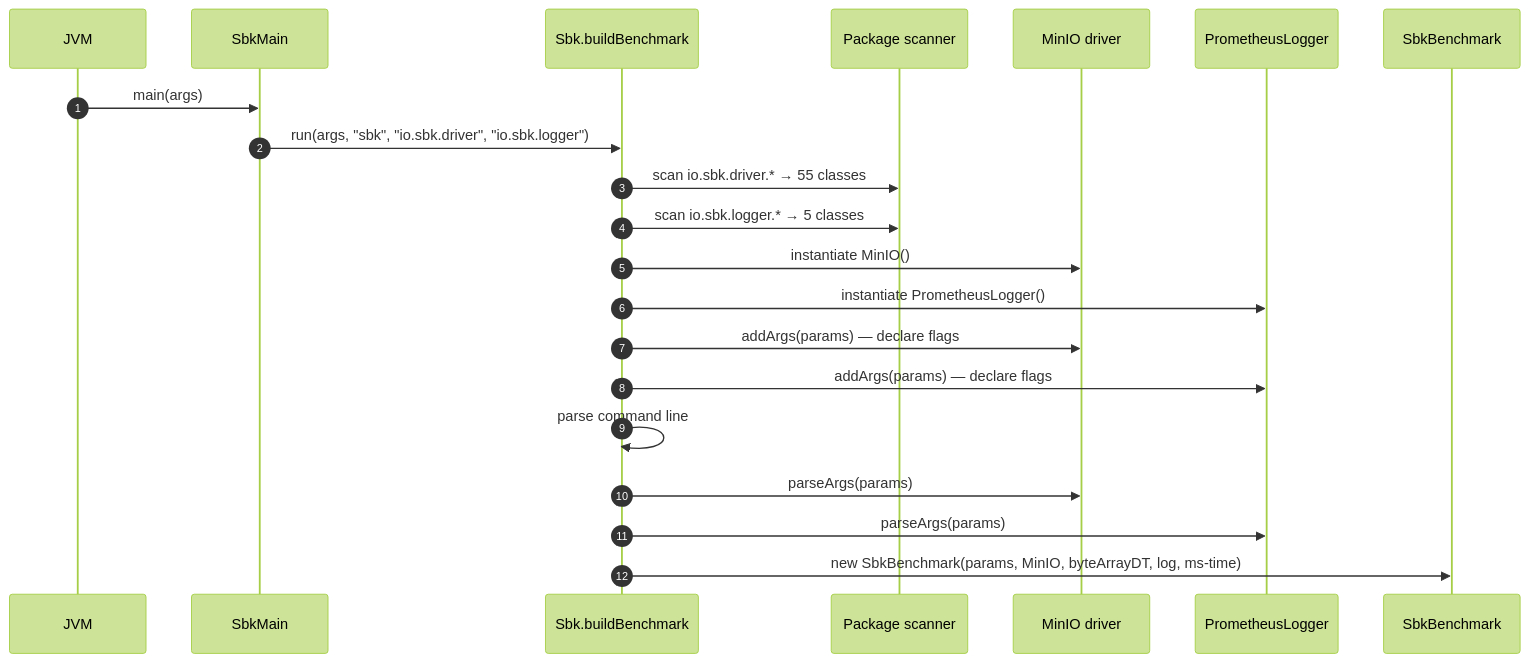
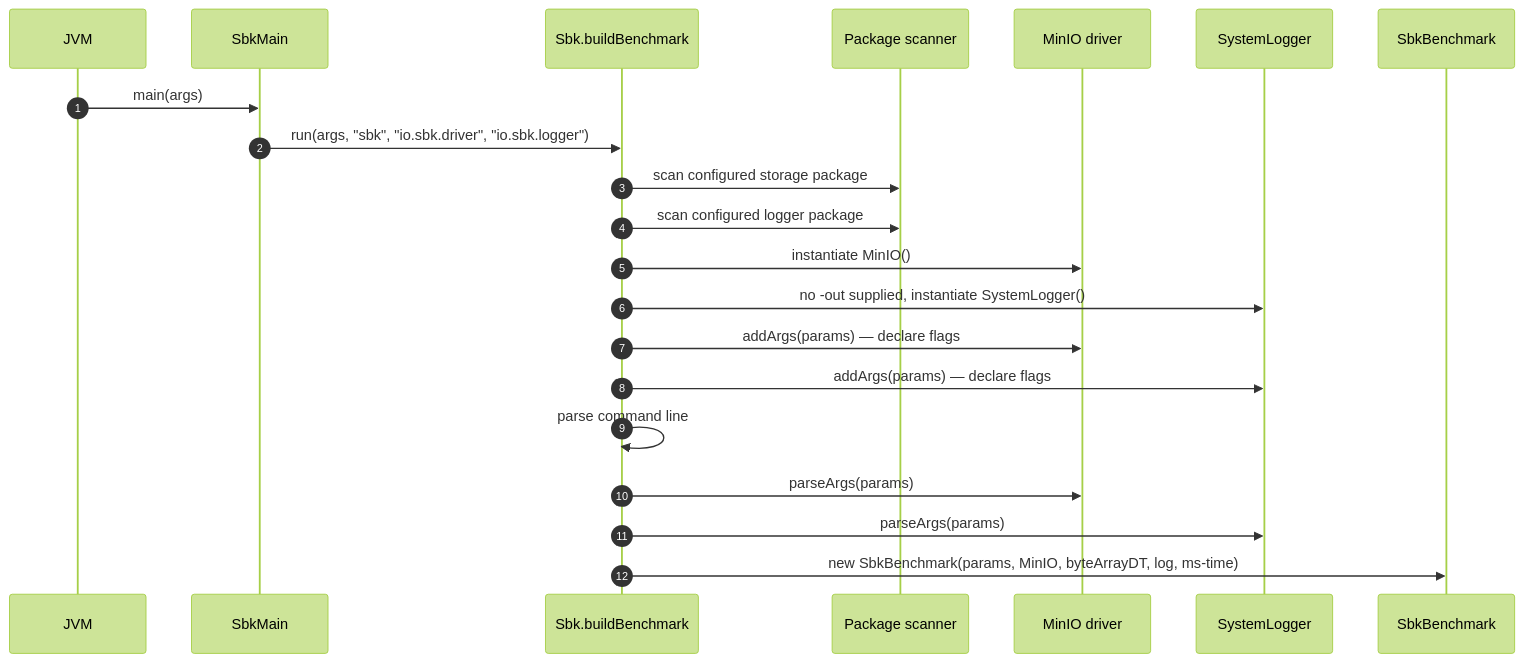
Before and after one commit to kmgowda/SBK: diagram 29 of 36 in docs/sbk-internals.md, drawn with Mermaid (forest theme). The commit also changed other lines of this file and 1 other file, not shown here.

Commit message:
Improve SBK internals architecture guide

````diff
--- a/docs/sbk-internals.md
+++ b/docs/sbk-internals.md
@@ -1621,24 +2198,24 @@
 ```mermaid
 sequenceDiagram
     autonumber
     participant JVM
     participant Main as SbkMain
     participant Sbk as Sbk.buildBenchmark
     participant Pkg as Package scanner
     participant Drv as MinIO driver
-    participant Log as PrometheusLogger
+    participant Log as SystemLogger
     participant Bench as SbkBenchmark
 
     JVM->>Main: main(args)
     Main->>Sbk: run(args, "sbk", "io.sbk.driver", "io.sbk.logger")
-    Sbk->>Pkg: scan io.sbk.driver.* → 55 classes
-    Sbk->>Pkg: scan io.sbk.logger.* → 5 classes
+    Sbk->>Pkg: scan configured storage package
+    Sbk->>Pkg: scan configured logger package
     Sbk->>Drv: instantiate MinIO()
-    Sbk->>Log: instantiate PrometheusLogger()
+    Sbk->>Log: no -out supplied, instantiate SystemLogger()
     Sbk->>Drv: addArgs(params)  — declare flags
     Sbk->>Log: addArgs(params)  — declare flags
     Sbk->>Sbk: parse command line
     Sbk->>Drv: parseArgs(params)
     Sbk->>Log: parseArgs(params)
     Sbk->>Bench: new SbkBenchmark(params, MinIO, byteArrayDT, log, ms-time)
 ```
````
